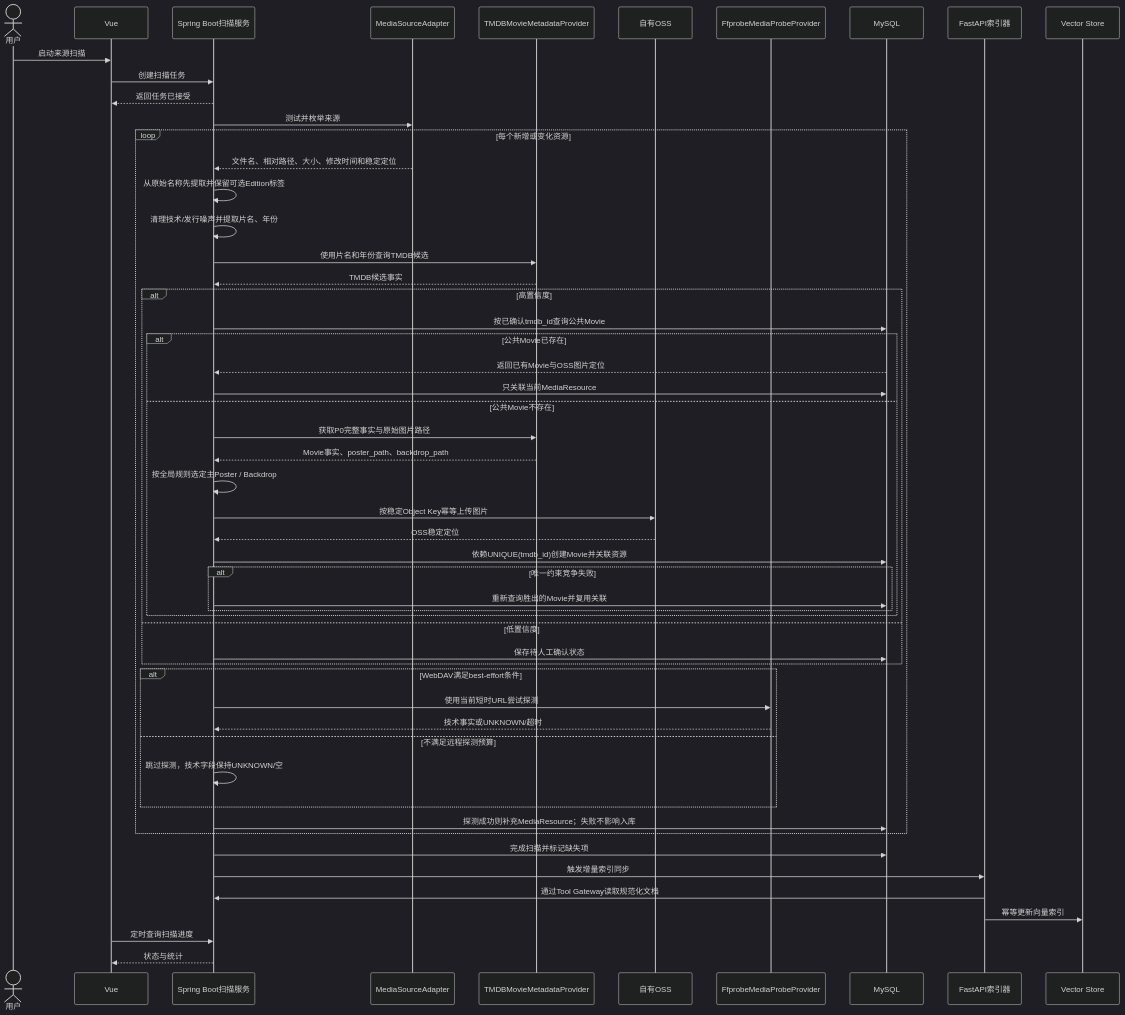
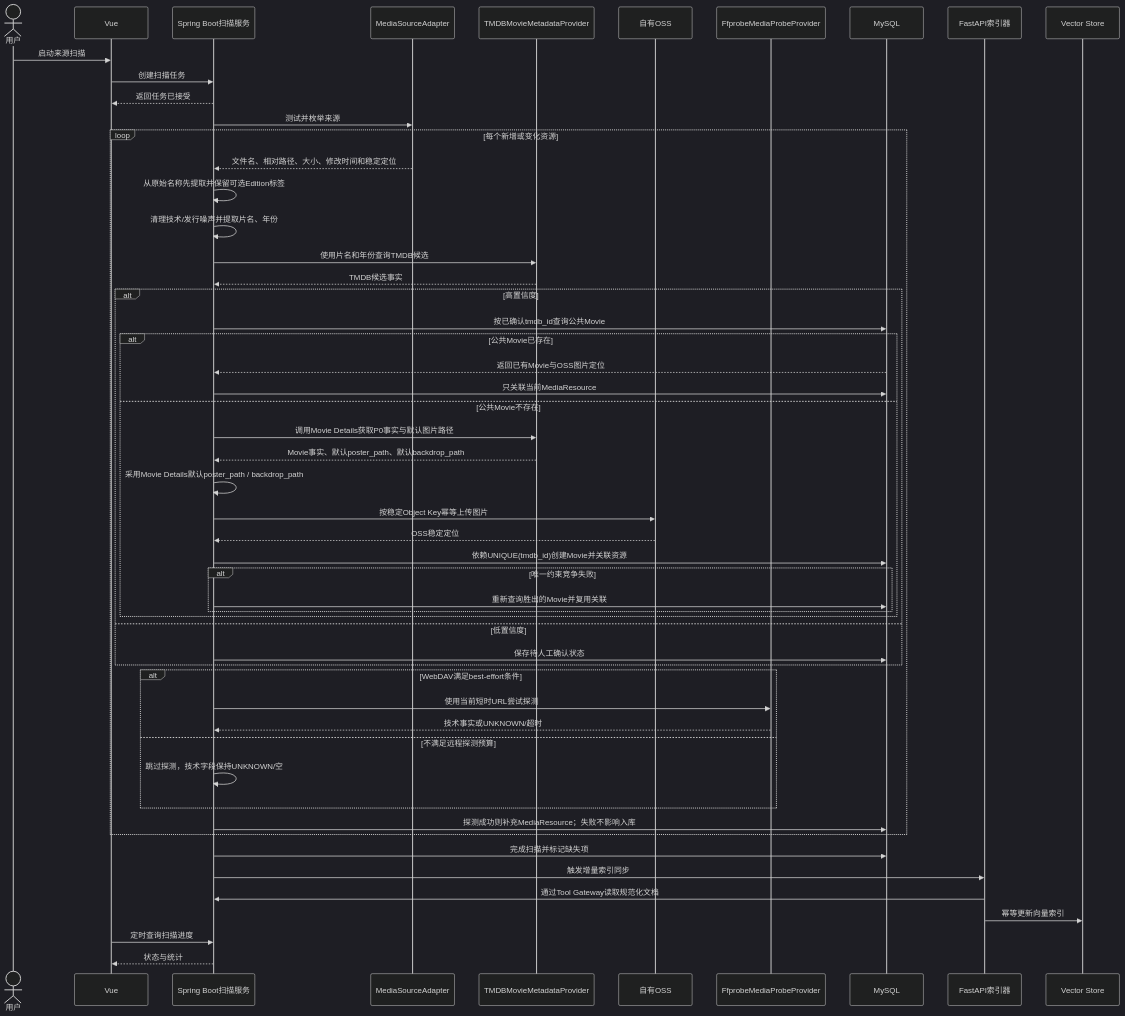
Before and after one commit to yuanchaoy03-dot/AI-Media-Center: diagram 27 of 30 in docs/02-系统架构设计文档.md, drawn with Mermaid (dark theme). The commit also changed other lines of this file and 3 other files, not shown here.

Commit message:
docs: 统一TMDB主海报与背景图选取规则

````diff
--- a/docs/02-系统架构设计文档.md
+++ b/docs/02-系统架构设计文档.md
@@ -1972,57 +1973,57 @@
 ```mermaid
 sequenceDiagram
     actor U as 用户
     participant V as Vue
     participant S as Spring Boot扫描服务
     participant A as MediaSourceAdapter
     participant T as TMDBMovieMetadataProvider
     participant O as 自有OSS
     participant P as FfprobeMediaProbeProvider
     participant DB as MySQL
     participant F as FastAPI索引器
     participant X as Vector Store
 
     U->>V: 启动来源扫描
     V->>S: 创建扫描任务
     S-->>V: 返回任务已接受
     S->>A: 测试并枚举来源
     loop 每个新增或变化资源
         A-->>S: 文件名、相对路径、大小、修改时间和稳定定位
         S->>S: 从原始名称先提取并保留可选Edition标签
         S->>S: 清理技术/发行噪声并提取片名、年份
         S->>T: 使用片名和年份查询TMDB候选
         T-->>S: TMDB候选事实
         alt 高置信度
             S->>DB: 按已确认tmdb_id查询公共Movie
             alt 公共Movie已存在
                 DB-->>S: 返回已有Movie与OSS图片定位
                 S->>DB: 只关联当前MediaResource
             else 公共Movie不存在
-                S->>T: 获取P0完整事实与原始图片路径
-                T-->>S: Movie事实、poster_path、backdrop_path
-                S->>S: 按全局规则选定主Poster / Backdrop
+                S->>T: 调用Movie Details获取P0事实与默认图片路径
+                T-->>S: Movie事实、默认poster_path、默认backdrop_path
+                S->>S: 采用Movie Details默认poster_path / backdrop_path
                 S->>O: 按稳定Object Key幂等上传图片
                 O-->>S: OSS稳定定位
                 S->>DB: 依赖UNIQUE(tmdb_id)创建Movie并关联资源
                 alt 唯一约束竞争失败
                     S->>DB: 重新查询胜出的Movie并复用关联
                 end
             end
         else 低置信度
             S->>DB: 保存待人工确认状态
         end
         alt WebDAV满足best-effort条件
             S->>P: 使用当前短时URL尝试探测
             P-->>S: 技术事实或UNKNOWN/超时
         else 不满足远程探测预算
             S->>S: 跳过探测，技术字段保持UNKNOWN/空
         end
         S->>DB: 探测成功则补充MediaResource；失败不影响入库
     end
     S->>DB: 完成扫描并标记缺失项
     S->>F: 触发增量索引同步
     F->>S: 通过Tool Gateway读取规范化文档
     F->>X: 幂等更新向量索引
     V->>S: 定时查询扫描进度
     S-->>V: 状态与统计
 ```
````
